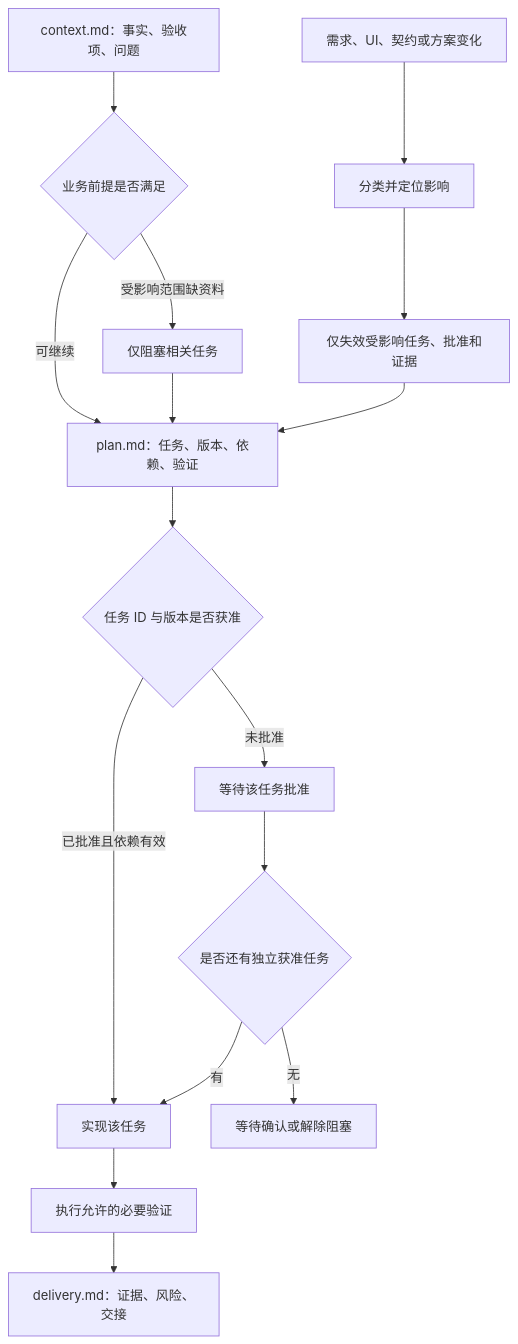
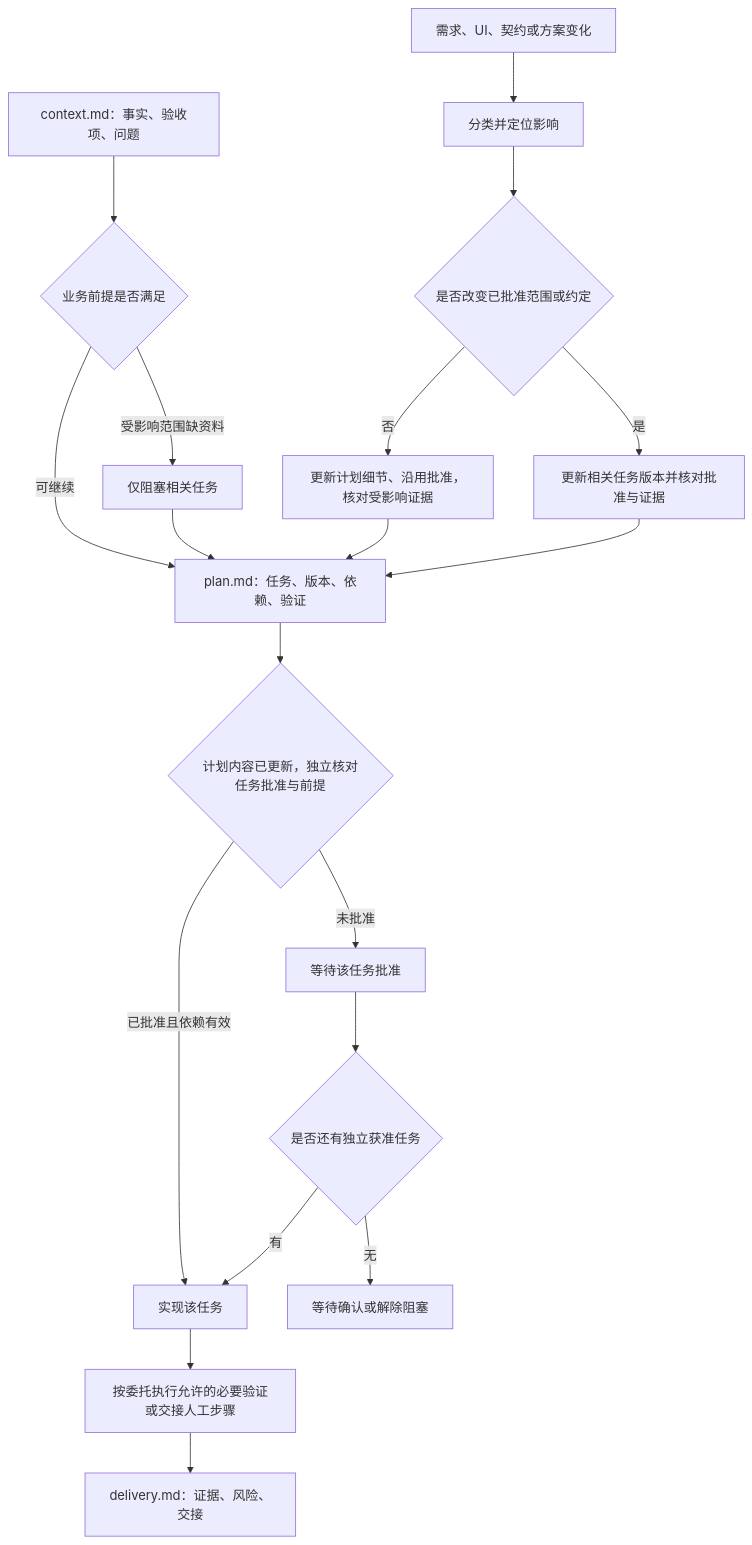
The third of 6 diagrams in skills/frontend-delivery/workflow-diagram.md (Aliang997/frontend-delivery-skill), drawn with Mermaid before and after one commit. The commit also changed other lines of this file and 18 other files, not shown here.

````diff
--- a/skills/frontend-delivery/workflow-diagram.md
+++ b/skills/frontend-delivery/workflow-diagram.md
@@ -46,18 +50,21 @@
 ```mermaid
 flowchart TD
  C["context.md：事实、验收项、问题"] --> G{"业务前提是否满足"}
  G -->|"受影响范围缺资料"| B["仅阻塞相关任务"]
  G -->|"可继续"| P["plan.md：任务、版本、依赖、验证"]
  B --> P
- P --> A{"任务 ID 与版本是否获准"}
+ P --> A{"计划内容已更新，独立核对任务批准与前提"}
  A -->|"未批准"| W["等待该任务批准"]
  A -->|"已批准且依赖有效"| I["实现该任务"]
  W --> O{"是否还有独立获准任务"}
  O -->|"有"| I
  O -->|"无"| H["等待确认或解除阻塞"]
- I --> V["执行允许的必要验证"]
+ I --> V["按委托执行允许的必要验证或交接人工步骤"]
  V --> D["delivery.md：证据、风险、交接"]
  X["需求、UI、契约或方案变化"] --> Y["分类并定位影响"]
- Y --> U["仅失效受影响任务、批准和证据"]
+ Y --> G2{"是否改变已批准范围或约定"}
+ G2 -->|"是"| U["更新相关任务版本并核对批准与证据"]
+ G2 -->|"否"| K["更新计划细节、沿用批准，核对受影响证据"]
+ K --> P
  U --> P
 ```
````
